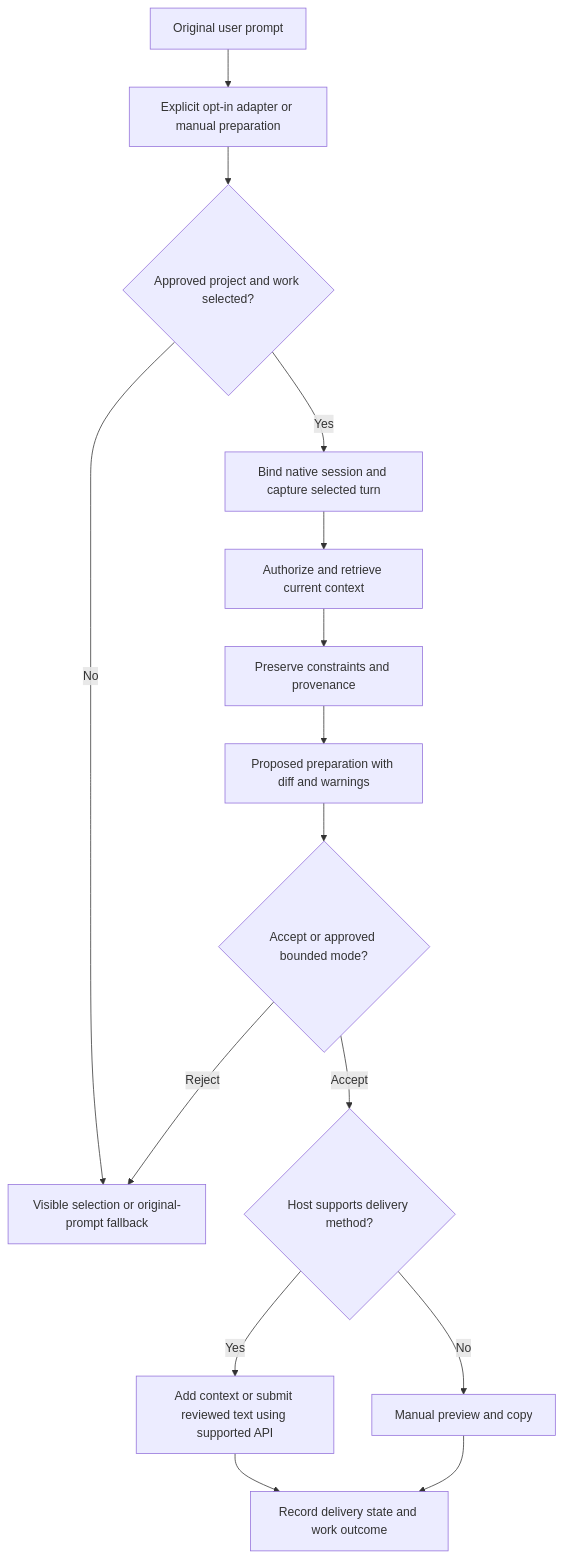
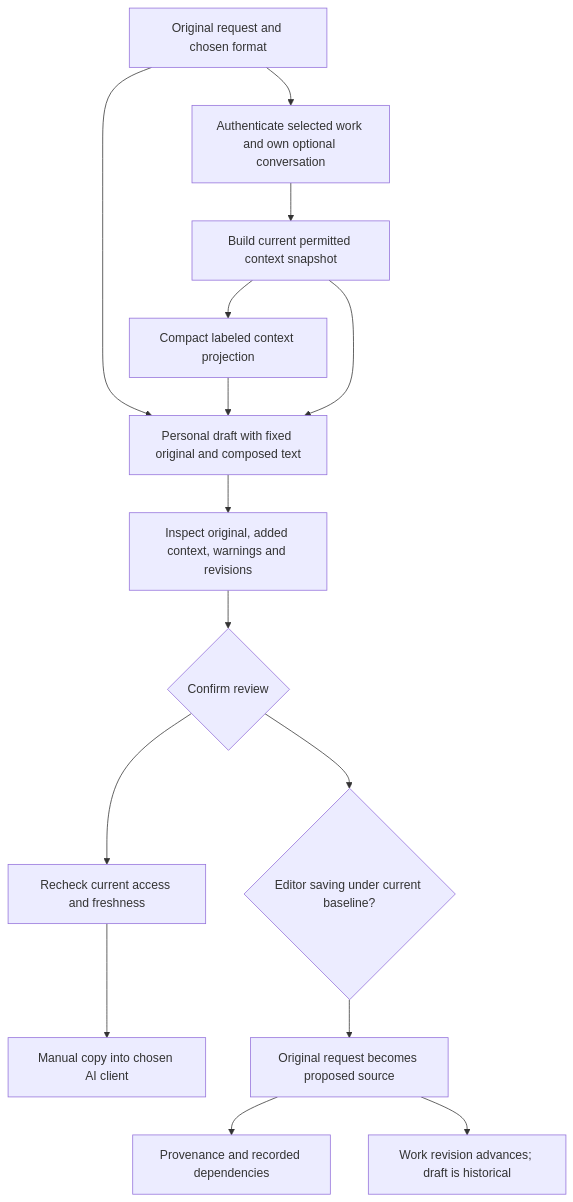
Before and after one commit to MrAkashKumar/workTether: the fourth of 7 diagrams in docs/ARCHITECTURE.md, drawn with Mermaid. The commit also changed other lines of this file and 28 other files, not shown here.

````diff
--- a/docs/ARCHITECTURE.md
+++ b/docs/ARCHITECTURE.md
@@ -82,17 +87,17 @@
 ```mermaid
 flowchart TD
-  P[Original user prompt] --> O[Explicit opt-in adapter or manual preparation]
-  O --> X{Approved project and work selected?}
-  X -->|No| F[Visible selection or original-prompt fallback]
-  X -->|Yes| N[Bind native session and capture selected turn]
-  N --> A[Authorize and retrieve current context]
-  A --> R[Preserve constraints and provenance]
-  R --> T[Proposed preparation with diff and warnings]
-  T --> U{Accept or approved bounded mode?}
-  U -->|Reject| F
-  U -->|Accept| V{Host supports delivery method?}
-  V -->|Yes| H[Add context or submit reviewed text using supported API]
-  V -->|No| K[Manual preview and copy]
-  H --> E[Record delivery state and work outcome]
-  K --> E
+  U[Original request and chosen format] --> A[Authenticate selected work and own optional conversation]
+  A --> C[Build current permitted context snapshot]
+  C --> P[Compact labeled context projection]
+  U --> D[Personal draft with fixed original and composed text]
+  P --> D
+  C --> D
+  D --> R[Inspect original, added context, warnings and revisions]
+  R --> V{Confirm review}
+  V --> F[Recheck current access and freshness]
+  F --> K[Manual copy into chosen AI client]
+  V --> E{Editor saving under current baseline?}
+  E --> S[Original request becomes proposed source]
+  S --> M[Provenance and recorded dependencies]
+  S --> H[Work revision advances; draft is historical]
 ```
````
